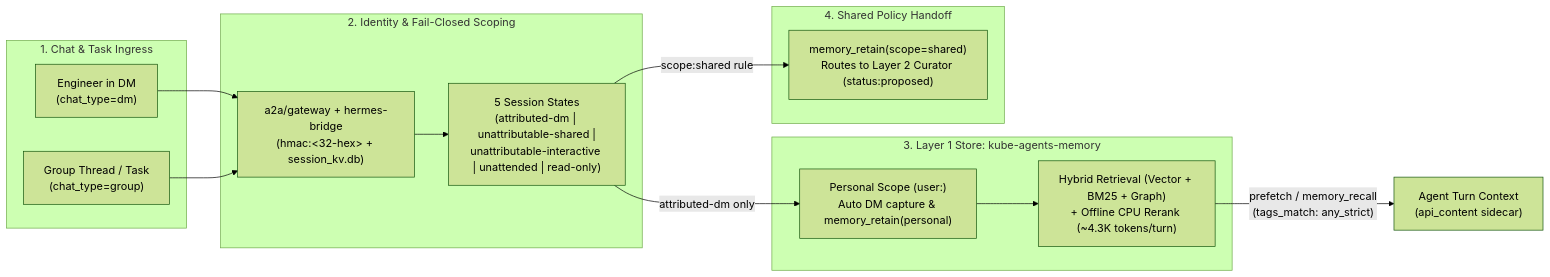
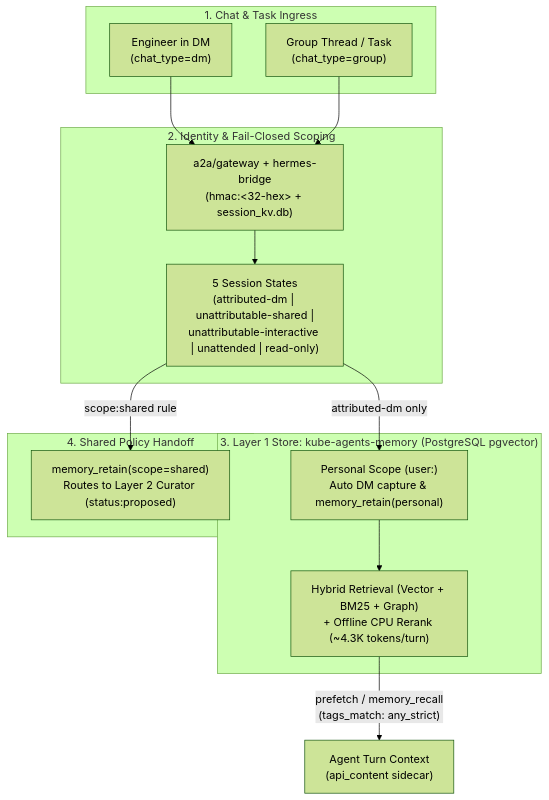
Before and after one commit to dshnayder/kube-agents: the first of 5 diagrams in docs/designs/memory.md, drawn with Mermaid (forest theme). The commit also changed other lines of this file, not shown here.

Commit message:
docs(memory): rearrange Layer 1 and Layer 2 block diagrams to flow top-to-bottom

````diff
--- a/docs/designs/memory.md
+++ b/docs/designs/memory.md
@@ -245,24 +245,24 @@
 ```mermaid
-flowchart LR
+flowchart TB
   subgraph Input["1. Chat & Task Ingress"]
     DM["Engineer in DM\n(chat_type=dm)"]
     GRP["Group Thread / Task\n(chat_type=group)"]
   end
   subgraph Identity["2. Identity & Fail-Closed Scoping"]
     GW["a2a/gateway + hermes-bridge\n(hmac:<32-hex> + session_kv.db)"]
     ST["5 Session States\n(attributed-dm | unattributable-shared |\nunattributable-interactive | unattended | read-only)"]
   end
-  subgraph Store["3. Layer 1 Store: kube-agents-memory"]
+  subgraph Store["3. Layer 1 Store: kube-agents-memory (PostgreSQL pgvector)"]
     P["Personal Scope (user:<id>)\nAuto DM capture & memory_retain(personal)"]
     R["Hybrid Retrieval (Vector + BM25 + Graph)\n+ Offline CPU Rerank (~4.3K tokens/turn)"]
   end
   subgraph L2Route["4. Shared Policy Handoff"]
     L2["memory_retain(scope=shared)\nRoutes to Layer 2 Curator (status:proposed)"]
   end
   DM --> GW
   GRP --> GW
   GW --> ST
   ST -->|"attributed-dm only"| P
   ST -->|"scope:shared rule"| L2
   P --> R -->|"prefetch / memory_recall\n(tags_match: any_strict)"| Ctx["Agent Turn Context\n(api_content sidecar)"]
 ```
````
